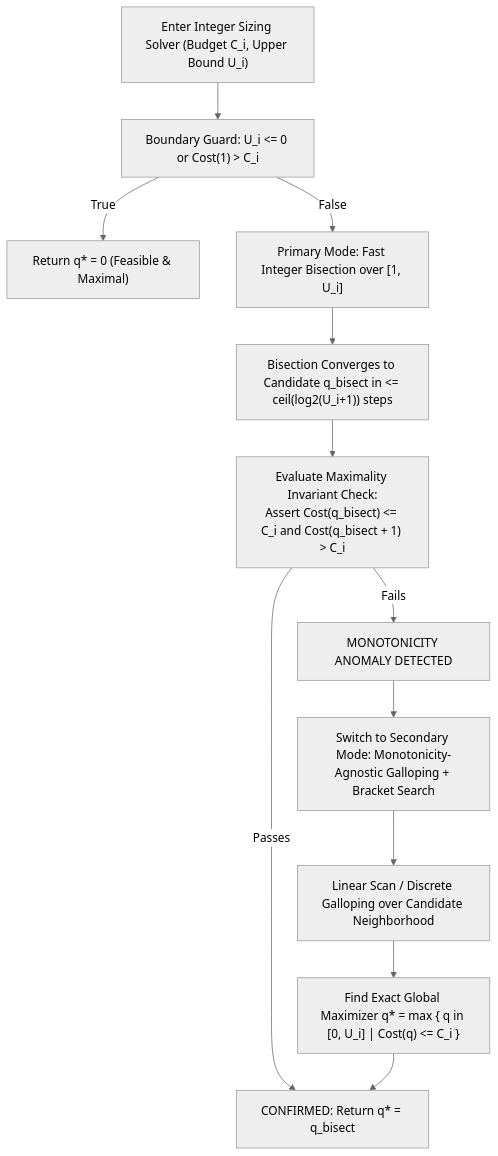
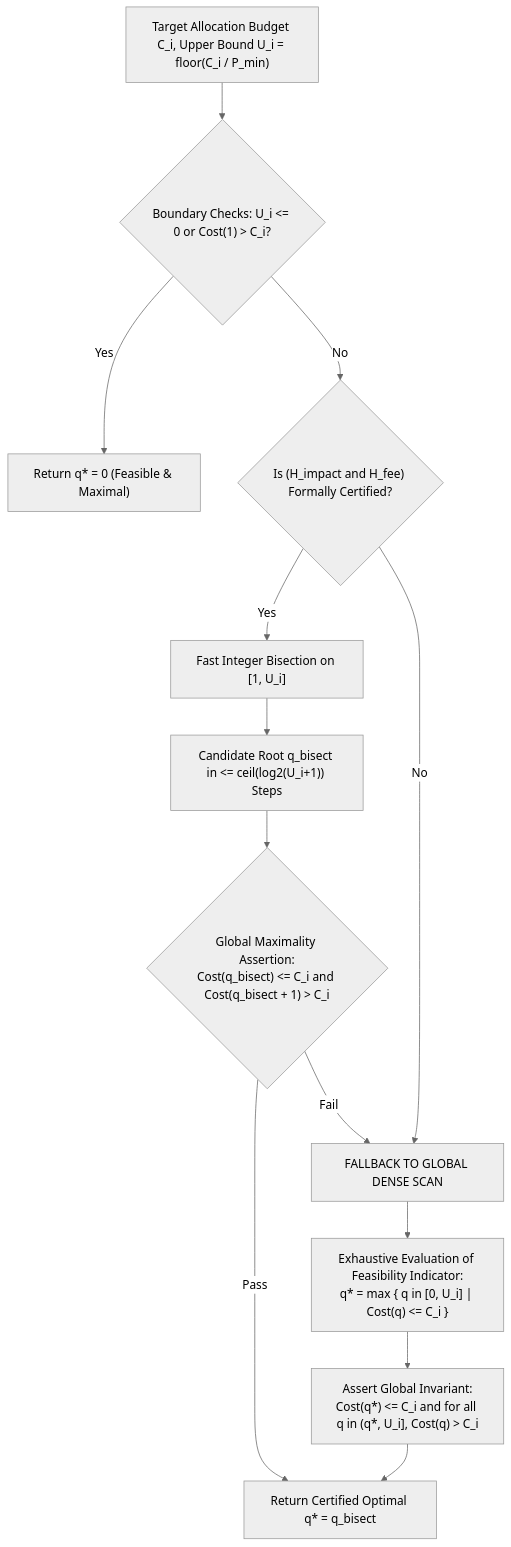
One commit to 2k25it2514261-cloud/alphaniti changed the second of 6 diagrams in README.md. Above: the diagram before and after it, drawn with Mermaid (neutral theme). The commit also changed other lines of this file, not shown here.

Commit message:
docs: formalize AlphaNiti v16.0 definitive theoretical architecture specification

````diff
--- a/README.md
+++ b/README.md
@@ -148,14 +79,17 @@
 ```mermaid
 flowchart TD
-    A["Enter Integer Sizing Solver (Budget C_i, Upper Bound U_i)"] --> B["Boundary Guard: U_i <= 0 or Cost(1) > C_i"]
-    B -- True --> C["Return q* = 0 (Feasible & Maximal)"]
-    B -- False --> D["Primary Mode: Fast Integer Bisection over [1, U_i]"]
-    D --> E["Bisection Converges to Candidate q_bisect in <= ceil(log2(U_i+1)) steps"]
-    E --> F["Evaluate Maximality Invariant Check:<br>Assert Cost(q_bisect) <= C_i and Cost(q_bisect + 1) > C_i"]
-    F -- Passes --> G["CONFIRMED: Return q* = q_bisect"]
-    F -- Fails --> H["MONOTONICITY ANOMALY DETECTED"]
-    H --> I["Switch to Secondary Mode: Monotonicity-Agnostic Galloping + Bracket Search"]
-    I --> J["Linear Scan / Discrete Galloping over Candidate Neighborhood"]
-    J --> K["Find Exact Global Maximizer q* = max { q in [0, U_i] | Cost(q) <= C_i }"]
-    K --> G
+    A["Target Allocation Budget C_i, Upper Bound U_i = floor(C_i / P_min)"] --> B{"Boundary Checks: U_i <= 0 or Cost(1) > C_i?"}
+    B -- Yes --> C["Return q* = 0 (Feasible & Maximal)"]
+    B -- No --> D{"Is (H_impact and H_fee) Formally Certified?"}
+    
+    D -- Yes --> E["Fast Integer Bisection on [1, U_i]"]
+    E --> F["Candidate Root q_bisect in <= ceil(log2(U_i+1)) Steps"]
+    F --> G{"Global Maximality Assertion:<br>Cost(q_bisect) <= C_i and Cost(q_bisect + 1) > C_i"}
+    G -- Pass --> H["Return Certified Optimal q* = q_bisect"]
+    G -- Fail --> I["FALLBACK TO GLOBAL DENSE SCAN"]
+    
+    D -- No --> I
+    I --> J["Exhaustive Evaluation of Feasibility Indicator:<br>q* = max { q in [0, U_i] | Cost(q) <= C_i }"]
+    J --> K["Assert Global Invariant:<br>Cost(q*) <= C_i and for all q in (q*, U_i], Cost(q) > C_i"]
+    K --> H
 ```
````
